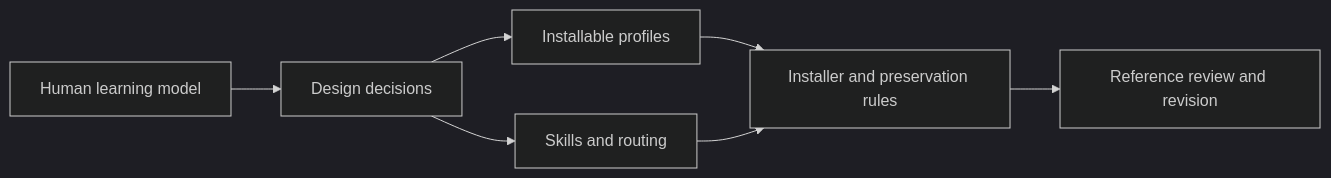
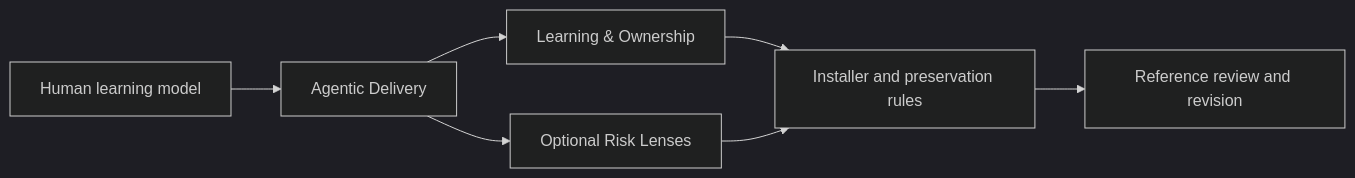
Before and after one commit to legrab/codebase-learning-flow: the diagram in docs/README.md, drawn with Mermaid (dark theme). The commit also changed other lines of this file and 6 other files, not shown here.

Commit message:
feat: redesign core structure for agentic delivery, learning & ownership, and optional risk lenses

````diff
--- a/docs/README.md
+++ b/docs/README.md
@@ -5,9 +7,9 @@
 ```mermaid
 flowchart LR
-    H[Human learning model] --> D[Design decisions]
-    D --> I[Installable profiles]
-    D --> S[Skills and routing]
-    I --> V[Installer and preservation rules]
-    S --> V
-    V --> R[Reference review and revision]
+    H[Human learning model] --> A[Agentic Delivery]
+    A --> L[Learning & Ownership]
+    A --> R[Optional Risk Lenses]
+    L --> V[Installer and preservation rules]
+    R --> V
+    V --> C[Reference review and revision]
 ```
````
